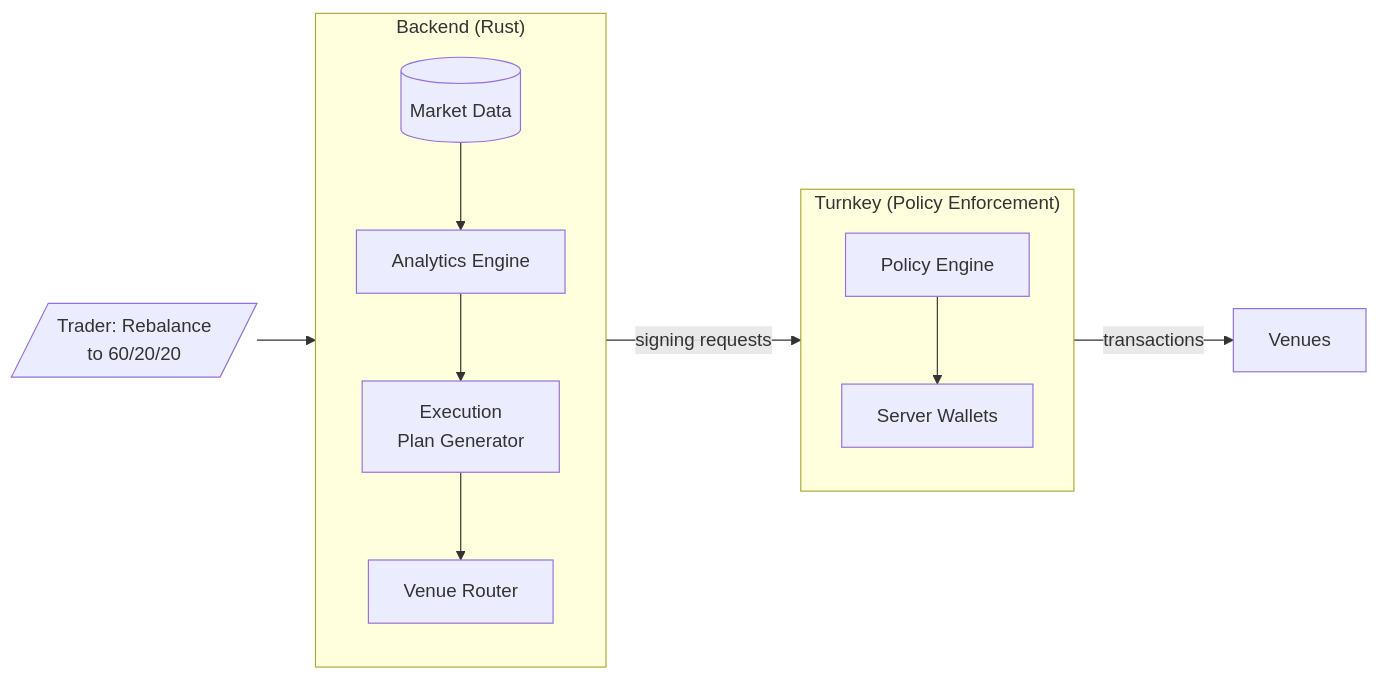
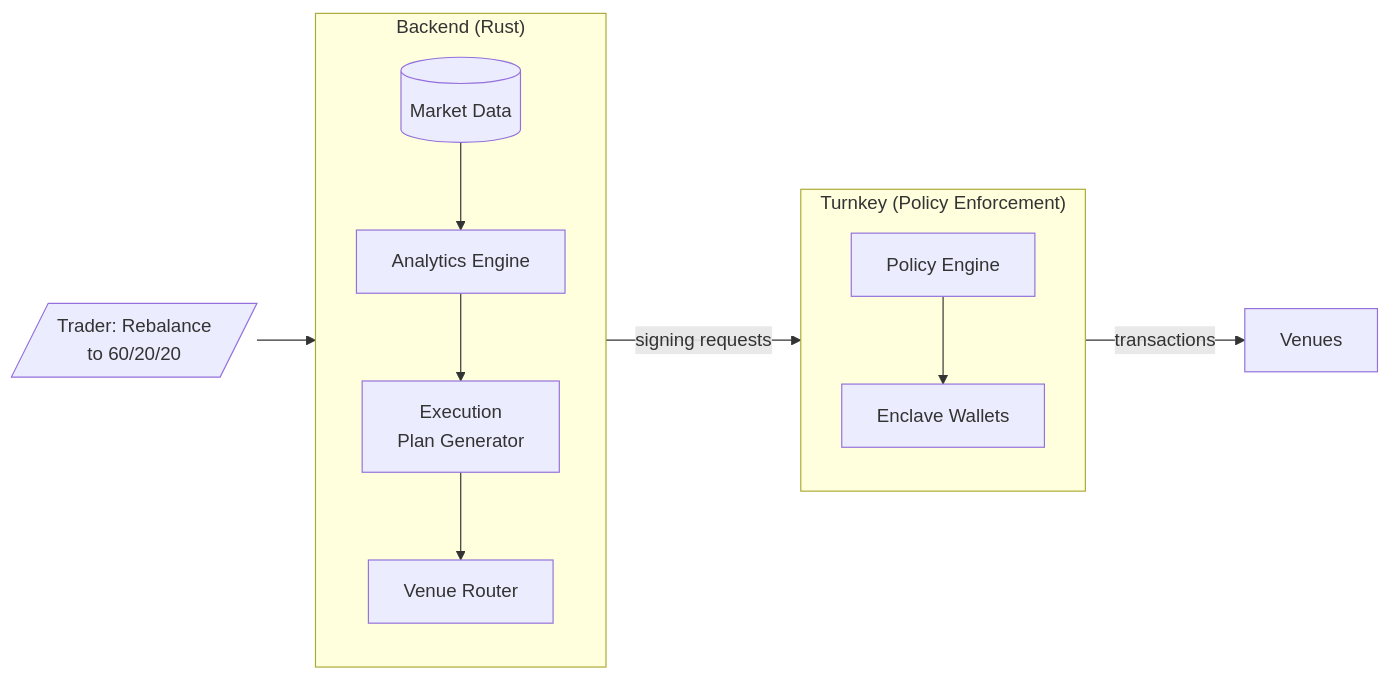
One commit to dataclique/moneymentum changed the first of 2 diagrams in SPEC.md. Above: the diagram before and after it, drawn with Mermaid. The commit also changed other lines of this file and 1 other file, not shown here.

First line of the commit message:
update project docs for current architecture (#118)

````diff
--- a/SPEC.md
+++ b/SPEC.md
@@ -82,26 +85,26 @@
 ```mermaid
 flowchart LR
     T[/"Trader: Rebalance<br/>to 60/20/20"/]
 
     subgraph Backend["Backend (Rust)"]
         direction TB
         DATA[(Market Data)]
         ANAL[Analytics Engine]
         PLAN[Execution<br/>Plan Generator]
         ROUTE[Venue Router]
         DATA --> ANAL --> PLAN --> ROUTE
     end
 
     subgraph Turnkey["Turnkey (Policy Enforcement)"]
         direction TB
         POL[Policy Engine]
-        WALLET[Server Wallets]
+        WALLET[Enclave Wallets]
         POL --> WALLET
     end
 
     V[Venues]
 
     T --> PLAN
     ROUTE -->|signing requests| POL
     WALLET -->|transactions| V
 ```
````
